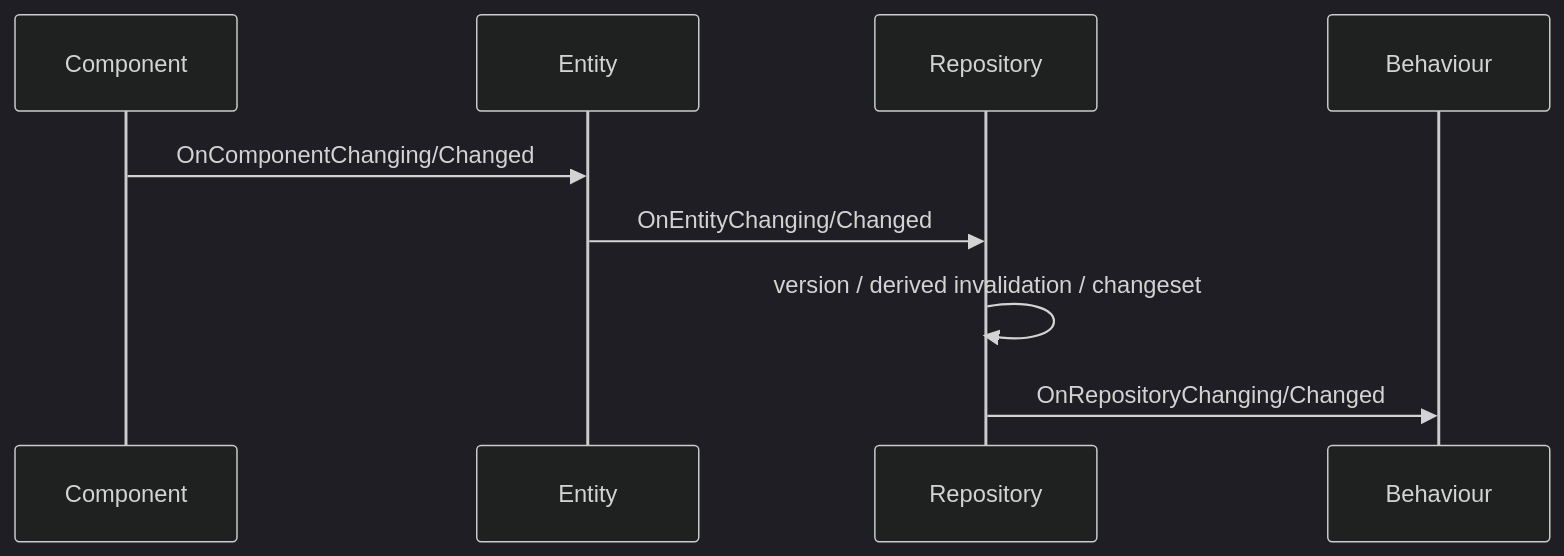
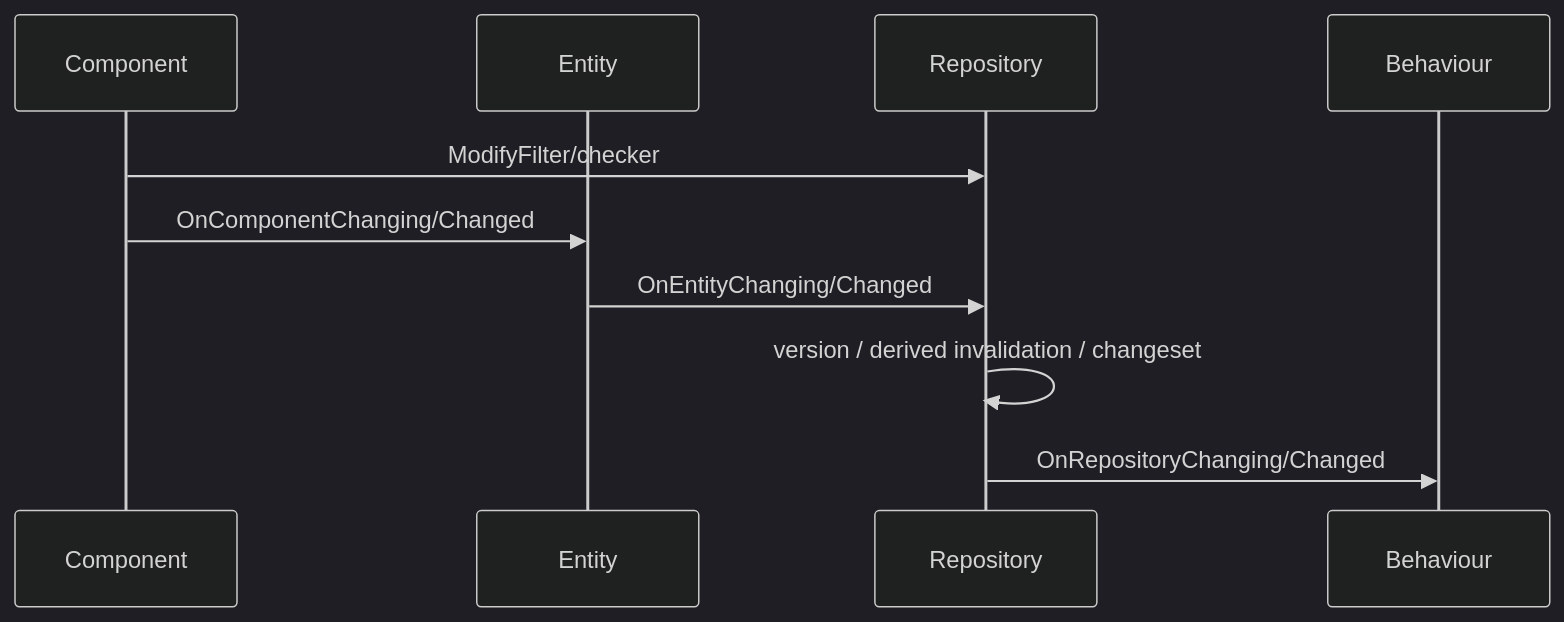
One commit to penguinchiang0609-ui/iCAX changed the diagram in doc/iCAX-Engine/Framework/Database/Database方案文档.md. Above: the diagram before and after it, drawn with Mermaid (dark theme). The commit also changed other lines of this file and 1001 other files, not shown here.

````diff
--- a/doc/iCAX-Engine/Framework/Database/Database方案文档.md
+++ b/doc/iCAX-Engine/Framework/Database/Database方案文档.md
@@ -67,12 +95,13 @@
 ```mermaid
 sequenceDiagram
     participant C as Component
     participant E as Entity
     participant R as Repository
     participant B as Behaviour
 
+    C->>R: ModifyFilter/checker
     C->>E: OnComponentChanging/Changed
     E->>R: OnEntityChanging/Changed
     R->>R: version / derived invalidation / changeset
     R->>B: OnRepositoryChanging/Changed
 ```
````
